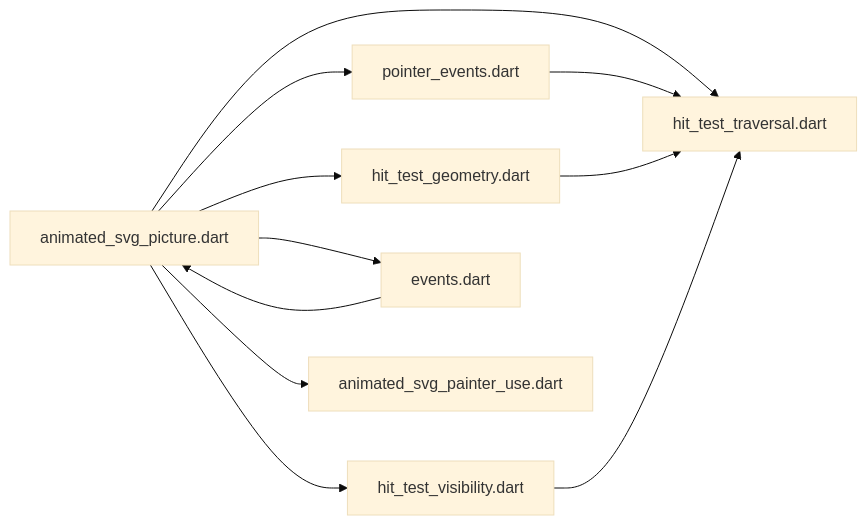
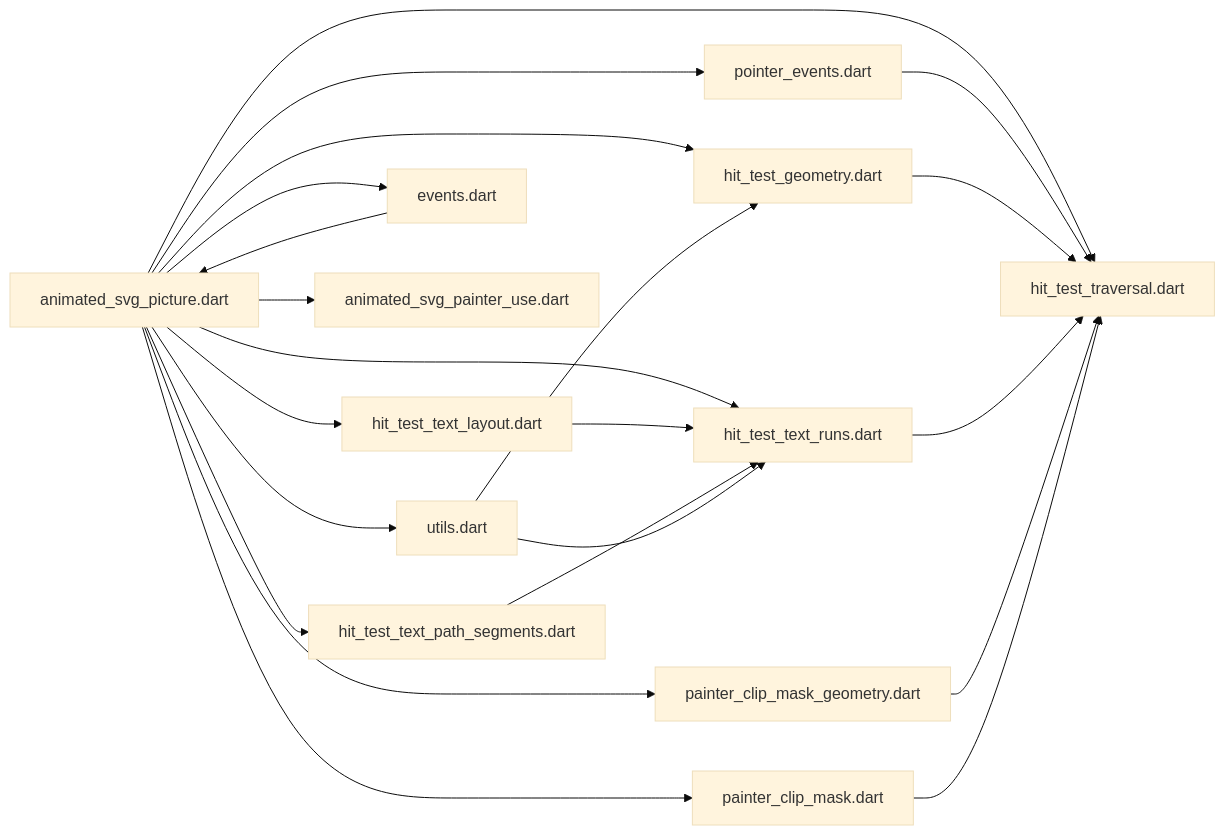
Before and after one commit to denisnadey/flutter_full_svg_support: the tenth of 10 diagrams in .qoder/repowiki/en/content/Advanced Features/Interactive SVG Elements.md, drawn with Mermaid (base theme). The commit also changed other lines of this file and 40 other files, not shown here.

````diff
--- a/.qoder/repowiki/en/content/Advanced Features/Interactive SVG Elements.md
+++ b/.qoder/repowiki/en/content/Advanced Features/Interactive SVG Elements.md
@@ -313,13 +475,24 @@
 ```mermaid
 graph LR
 AP["animated_svg_picture.dart"] --> HT["hit_test_traversal.dart"]
 AP --> PE["pointer_events.dart"]
 AP --> HG["hit_test_geometry.dart"]
-AP --> HV["hit_test_visibility.dart"]
+AP --> HTR["hit_test_text_runs.dart"]
+AP --> HTL["hit_test_text_layout.dart"]
+AP --> HTPS["hit_test_text_path_segments.dart"]
+AP --> CG["painter_clip_mask_geometry.dart"]
+AP --> MP["painter_clip_mask.dart"]
+AP --> ST["utils.dart"]
 AP --> EV["events.dart"]
 AP --> PU["animated_svg_painter_use.dart"]
 EV --> AP
 PE --> HT
 HG --> HT
-HV --> HT
+HTR --> HT
+HTL --> HTR
+HTPS --> HTR
+CG --> HT
+MP --> HT
+ST --> HG
+ST --> HTR
 ```
````
